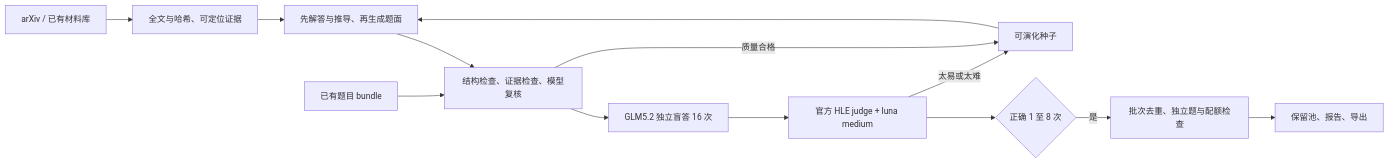
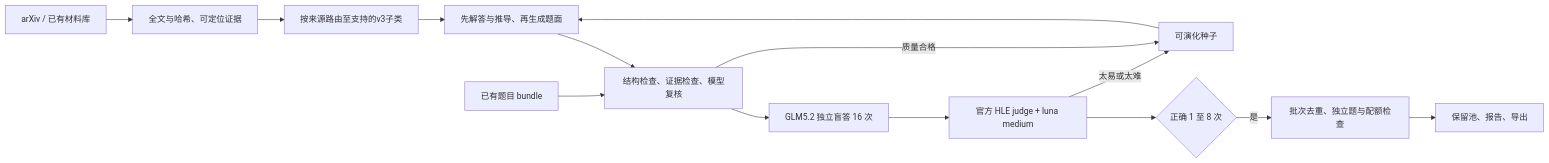
One commit to SoTALab-ai/rst-hle changed the diagram in README.md. Above: the diagram before and after it, drawn with Mermaid. The commit also changed other lines of this file and 21 other files, not shown here.

````diff
--- a/README.md
+++ b/README.md
@@ -11,15 +11,16 @@
 ```mermaid
 flowchart LR
     A[arXiv / 已有材料库] --> B[全文与哈希、可定位证据]
-    B --> C[先解答与推导、再生成题面]
+    B --> R[按来源路由至支持的v3子类]
+    R --> C[先解答与推导、再生成题面]
     U[已有题目 bundle] --> D
     C --> D[结构检查、证据检查、模型复核]
     D --> E[GLM5.2 独立盲答 16 次]
     E --> F[官方 HLE judge + luna medium]
     F --> G{正确 1 至 8 次}
     G -->|是| H[批次去重、独立题与配额检查]
     H --> I[保留池、报告、导出]
     D -->|质量合格| J[可演化种子]
     F -->|太易或太难| J
     J --> C
 ```
````
